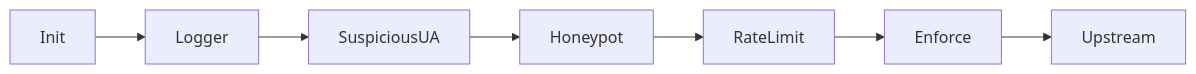
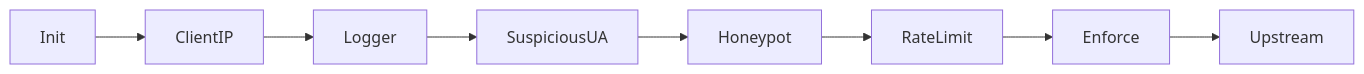
One commit to fharias/guardian-scrapy changed the second of 5 diagrams in README.md. Above: the diagram before and after it, drawn with Mermaid. The commit also changed other lines of this file, not shown here.

Commit message:
Update README to reflect enhancements in client IP resolution and proxy protocol support

````diff
--- a/README.md
+++ b/README.md
@@ -44,4 +46,4 @@
 ```mermaid
 flowchart LR
-  init[Init] --> logger[Logger] --> ua[SuspiciousUA] --> honey[Honeypot] --> limite[RateLimit] --> enforce[Enforce] --> origen[Upstream]
+  init[Init] --> ip[ClientIP] --> logger[Logger] --> ua[SuspiciousUA] --> honey[Honeypot] --> limite[RateLimit] --> enforce[Enforce] --> origen[Upstream]
 ```
````
